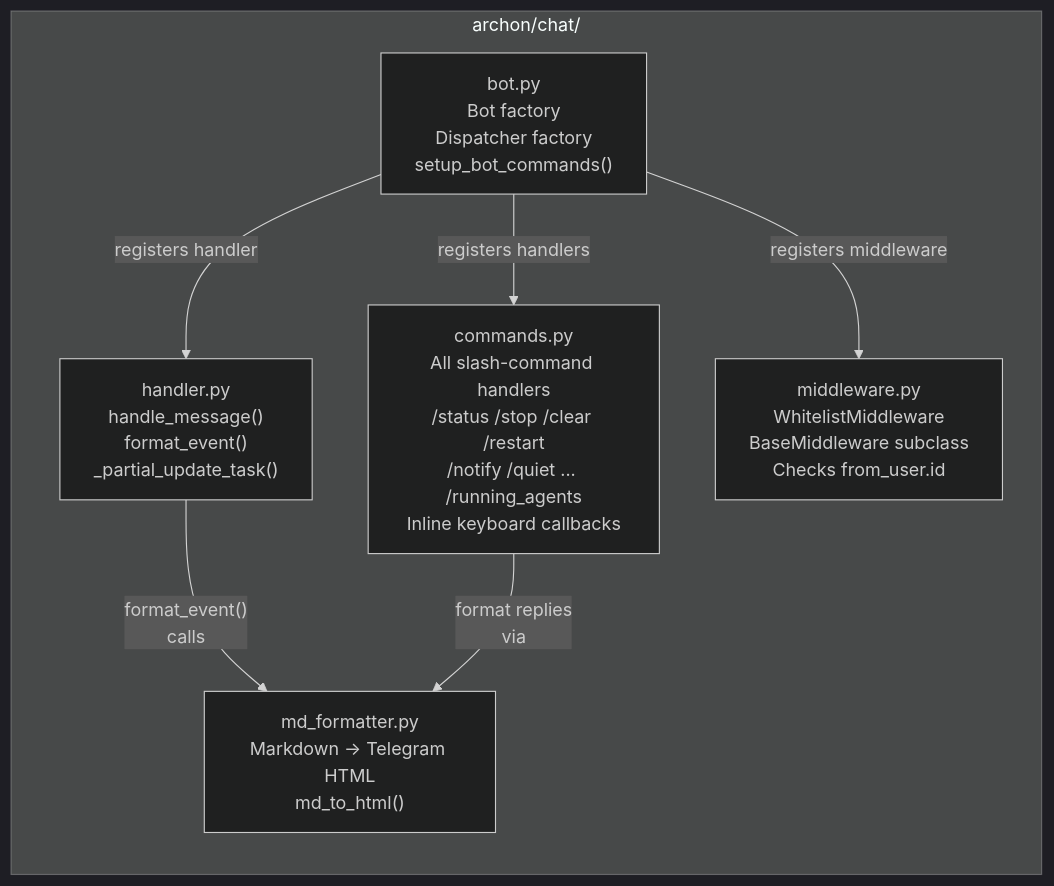
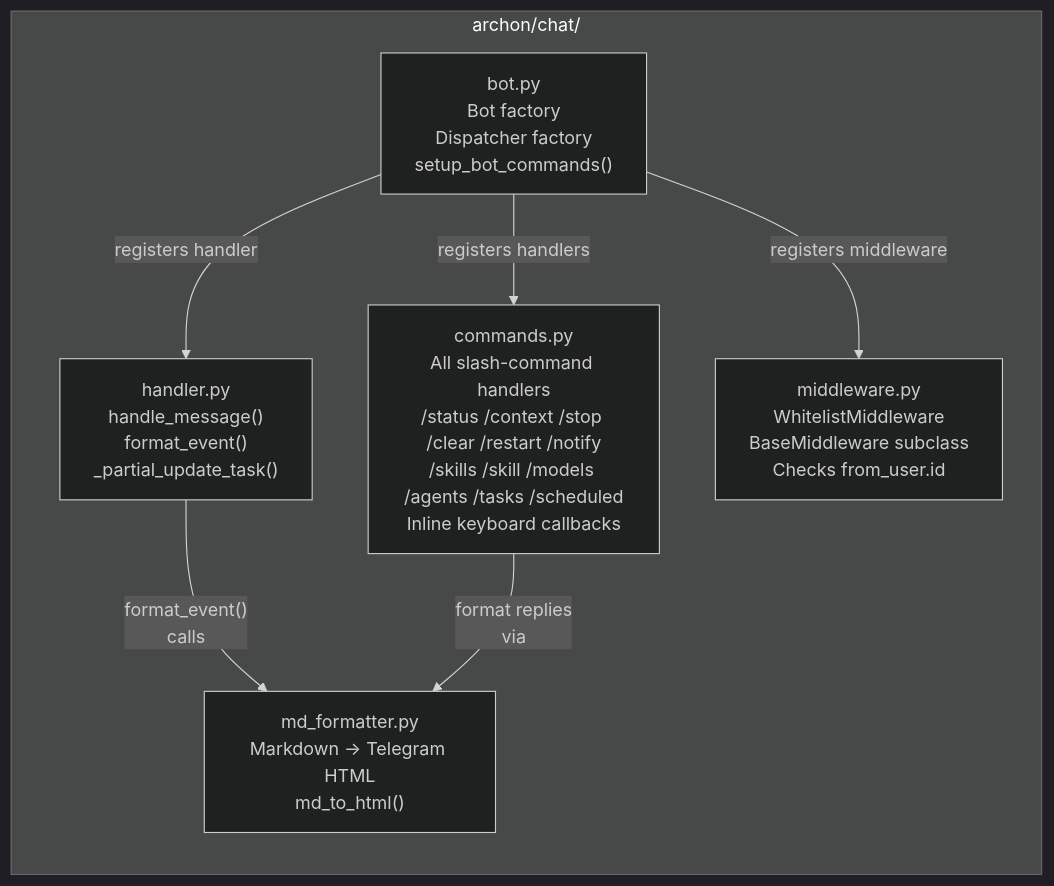
One commit to user538295/archon-assistant changed the third of 6 diagrams in Documentation/Architecture/100_system_architecture_overview.md. Above: the diagram before and after it, drawn with Mermaid (dark theme). The commit also changed other lines of this file and 17 other files, not shown here.

````diff
--- a/Documentation/Architecture/100_system_architecture_overview.md
+++ b/Documentation/Architecture/100_system_architecture_overview.md
@@ -144,16 +144,16 @@
 ```mermaid
 graph LR
     subgraph chat["archon/chat/"]
         bot["bot.py<br/>Bot factory<br/>Dispatcher factory<br/>setup_bot_commands()"]
         mw["middleware.py<br/>WhitelistMiddleware<br/>BaseMiddleware subclass<br/>Checks from_user.id"]
         handler["handler.py<br/>handle_message()<br/>format_event()<br/>_partial_update_task()"]
-        commands["commands.py<br/>All slash-command handlers<br/>/status /stop /clear /restart<br/>/notify /quiet ... /running_agents<br/>Inline keyboard callbacks"]
+        commands["commands.py<br/>All slash-command handlers<br/>/status /context /stop /clear /restart /notify<br/>/skills /skill /models /agents /tasks /scheduled<br/>Inline keyboard callbacks"]
         mdfmt["md_formatter.py<br/>Markdown → Telegram HTML<br/>md_to_html()"]
     end
 
     bot -->|"registers handlers"| commands
     bot -->|"registers handler"| handler
     bot -->|"registers middleware"| mw
     handler -->|"format_event()<br/>calls"| mdfmt
     commands -->|"format replies<br/>via"| mdfmt
 ```
````
